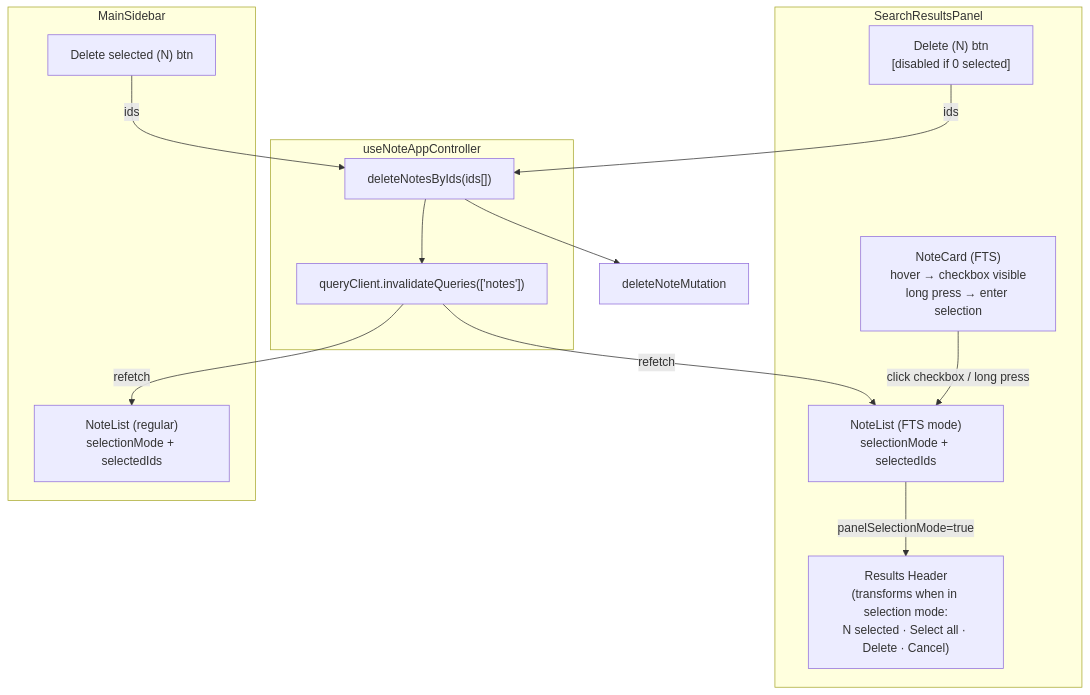
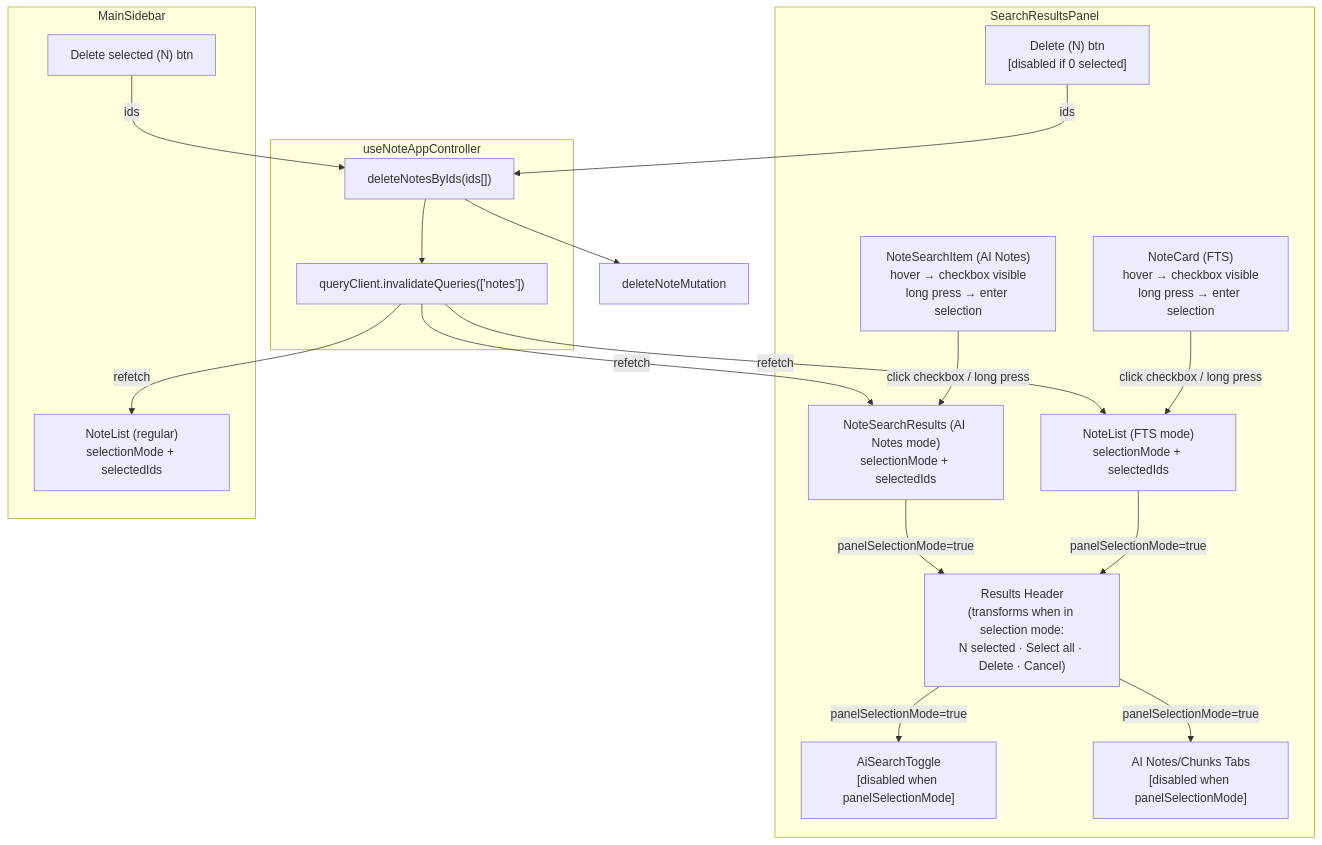
Before and after one commit to koreyba/EverFreeNote: the diagram in docs/ai/design/feature-search-bulk-delete.md, drawn with Mermaid. The commit also changed other lines of this file and 2 other files, not shown here.

````diff
--- a/docs/ai/design/feature-search-bulk-delete.md
+++ b/docs/ai/design/feature-search-bulk-delete.md
@@ -11,28 +11,37 @@
 ```mermaid
 graph TD
     subgraph SearchResultsPanel
+        SPToggle["AiSearchToggle\n[disabled when panelSelectionMode]"]
+        SPTabs["AI Notes/Chunks Tabs\n[disabled when panelSelectionMode]"]
         SPCard["NoteCard (FTS)\nhover → checkbox visible\nlong press → enter selection"]
+        SPAICard["NoteSearchItem (AI Notes)\nhover → checkbox visible\nlong press → enter selection"]
         SPHeader["Results Header\n(transforms when in selection mode:\nN selected · Select all · Delete · Cancel)"]
         SPList["NoteList (FTS mode)\nselectionMode + selectedIds"]
+        SPAIList["NoteSearchResults (AI Notes mode)\nselectionMode + selectedIds"]
         SPDeleteBtn["Delete (N) btn\n[disabled if 0 selected]"]
     end
 
     subgraph MainSidebar
         SBList["NoteList (regular)\nselectionMode + selectedIds"]
         SBDeleteBtn["Delete selected (N) btn"]
     end
 
     subgraph useNoteAppController
         BulkDelete["deleteNotesByIds(ids[])"]
         QueryInvalidate["queryClient.invalidateQueries(['notes'])"]
     end
 
     SPCard -->|click checkbox / long press| SPList
+    SPAICard -->|click checkbox / long press| SPAIList
     SPList -->|panelSelectionMode=true| SPHeader
+    SPAIList -->|panelSelectionMode=true| SPHeader
+    SPHeader -->|panelSelectionMode=true| SPToggle
+    SPHeader -->|panelSelectionMode=true| SPTabs
     SPDeleteBtn -->|ids| BulkDelete
     SBDeleteBtn -->|ids| BulkDelete
     BulkDelete --> deleteNoteMutation
     BulkDelete --> QueryInvalidate
     QueryInvalidate -->|refetch| SPList
+    QueryInvalidate -->|refetch| SPAIList
     QueryInvalidate -->|refetch| SBList
 ```
````
